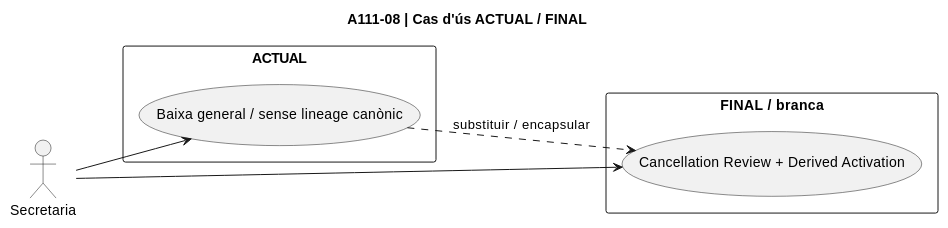
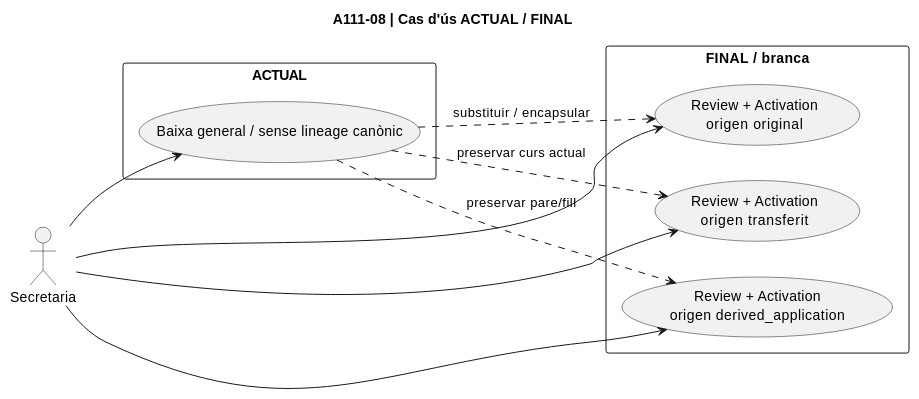
Before and after one commit to orgmeriemprismacat-del/verifactu: diagram 29 of 48 in documentacio/07-uml-integrat/uc-111-diagrames-per-accio.md, drawn with PlantUML. The commit also changed other lines of this file, not shown here.

Commit message:
docs UML UC-111 A111-08: add derived-application cancellation review/activation to all four per-action diagrams

````diff
--- a/documentacio/07-uml-integrat/uc-111-diagrames-per-accio.md
+++ b/documentacio/07-uml-integrat/uc-111-diagrames-per-accio.md
@@ -591,16 +591,22 @@
 ```plantuml
 @startuml
 title A111-08 | Cas d'ús ACTUAL / FINAL
 left to right direction
 actor "Secretaria" as Actor
 rectangle "ACTUAL" {
   usecase "Baixa general / sense lineage canònic" as Current
 }
 rectangle "FINAL / branca" {
-  usecase "Cancellation Review + Derived Activation" as Target
+  usecase "Review + Activation\norigen original" as Original
+  usecase "Review + Activation\norigen transferit" as Transferred
+  usecase "Review + Activation\norigen derived_application" as DerivedUse
 }
 Actor --> Current
-Actor --> Target
-Current ..> Target : substituir / encapsular
+Actor --> Original
+Actor --> Transferred
+Actor --> DerivedUse
+Current ..> Original : substituir / encapsular
+Current ..> Transferred : preservar curs actual
+Current ..> DerivedUse : preservar pare/fill
 @enduml
 ```
````
